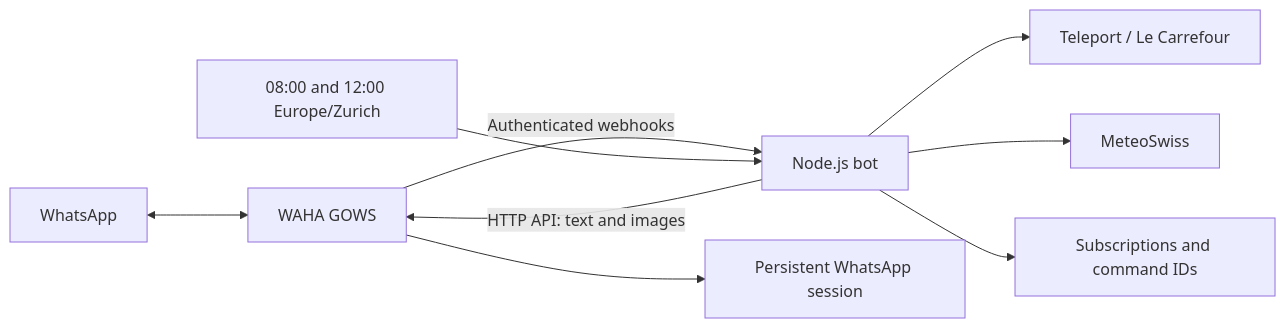
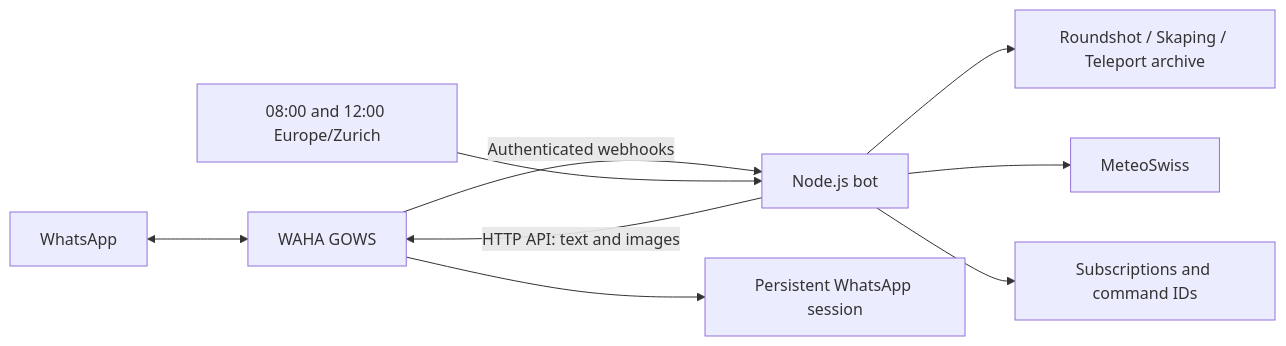
The diagram in docs/architecture/overview.md (eliemada/verbier-whatsapp-bot), drawn with Mermaid before and after one commit. The commit also changed 18 other files, not shown here.

````diff
--- a/docs/architecture/overview.md
+++ b/docs/architecture/overview.md
@@ -3,11 +3,11 @@
 ```mermaid
 flowchart LR
     WhatsApp <--> WAHA[WAHA GOWS]
     WAHA -->|Authenticated webhooks| Bot[Node.js bot]
     Bot -->|HTTP API: text and images| WAHA
     Cron[08:00 and 12:00 Europe/Zurich] --> Bot
-    Bot --> Camera[Teleport / Le Carrefour]
+    Bot --> Camera[Roundshot / Skaping / Teleport archive]
     Bot --> Weather[MeteoSwiss]
     Bot --> Data[Subscriptions and command IDs]
     WAHA --> Session[Persistent WhatsApp session]
 ```
````
